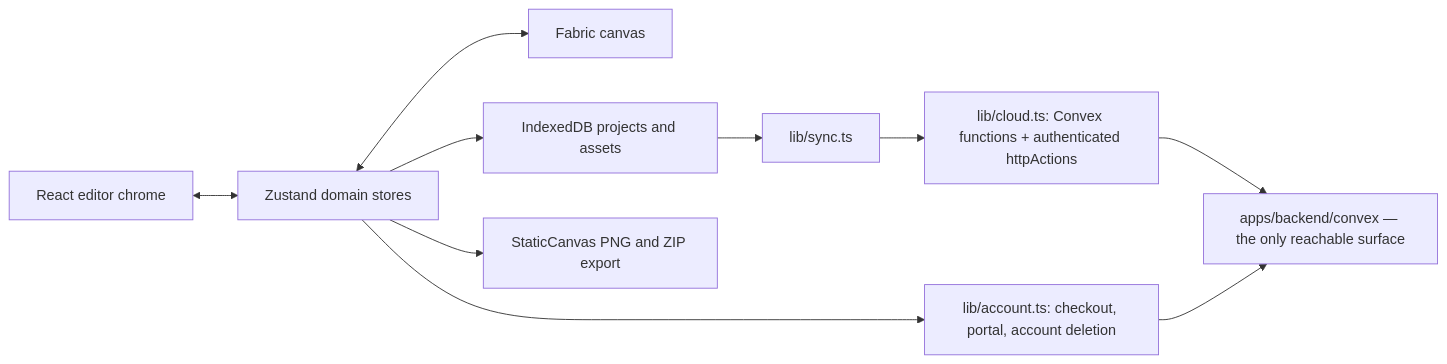
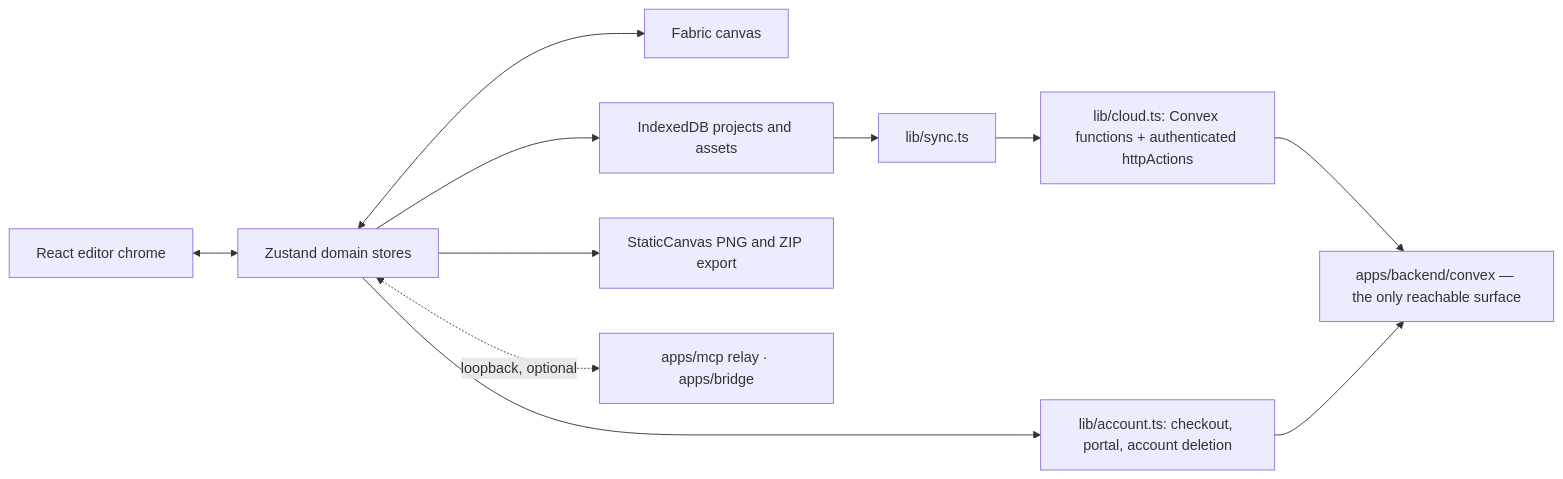
One commit to neogenz/screenforge changed the diagram in aidd_docs/memory/architecture.md. Above: the diagram before and after it, drawn with Mermaid. The commit also changed other lines of this file and 15 other files, not shown here.

````diff
--- a/aidd_docs/memory/architecture.md
+++ b/aidd_docs/memory/architecture.md
@@ -12,12 +12,13 @@
 ```mermaid
 flowchart LR
     UI["React editor chrome"] <--> Stores["Zustand domain stores"]
     Stores <--> Canvas["Fabric canvas"]
     Stores --> Storage["IndexedDB projects and assets"]
     Stores --> Export["StaticCanvas PNG and ZIP export"]
     Storage --> Sync["lib/sync.ts"]
     Sync --> Cloud["lib/cloud.ts: Convex functions + authenticated httpActions"]
     Stores --> Account["lib/account.ts: checkout, portal, account deletion"]
     Cloud --> Convex["apps/backend/convex — the only reachable surface"]
     Account --> Convex
+    Stores <-.->|"loopback, optional"| Daemons["apps/mcp relay · apps/bridge"]
 ```
````
